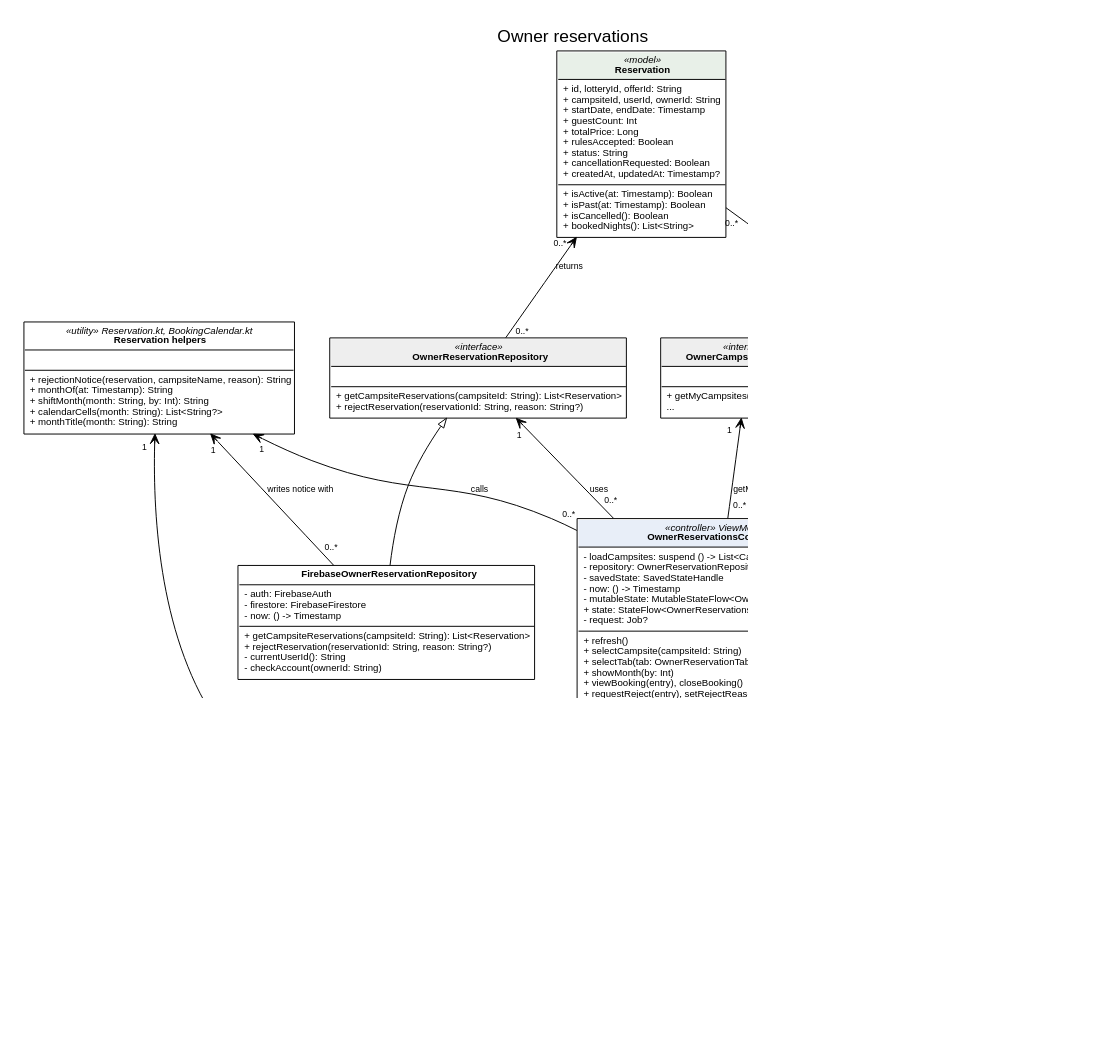
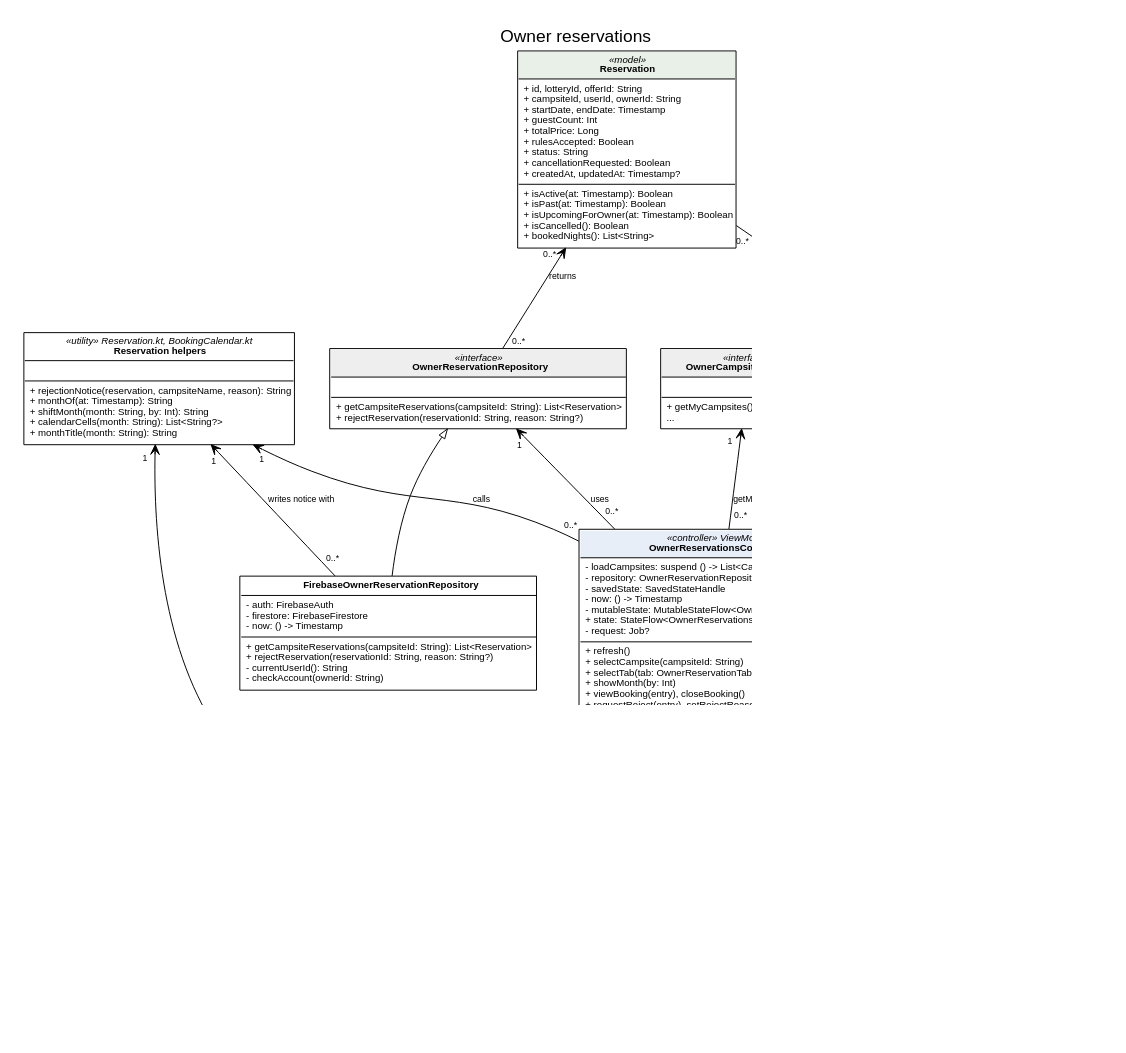
One commit to CMPUT301F26-legion/legion-events changed the diagram in doc/uml/owner_reservations.dot. Above: the diagram before and after it, drawn with Graphviz. The commit also changed 15 other files, not shown here.

```diff
--- a/doc/uml/owner_reservations.dot
+++ b/doc/uml/owner_reservations.dot
@@ -1,38 +1,38 @@
 // UML class diagram: owner reservations (S17)
 // Render with: python3 render.py owner_reservations.dot owner_reservations.png  (needs Graphviz and Google Chrome)
 digraph G {
   graph [rankdir=BT fontname="Liberation Sans" nodesep=0.5 ranksep=0.7 dpi=110 pad=0.3
          label="Owner reservations" labelloc=t fontsize=18];
   node  [shape=plain fontname="Liberation Sans" fontsize=10];
   edge  [fontname="Liberation Sans" fontsize=9 labeldistance=1.8 labelangle=35];
   // Notation: extends (hollow triangle), one-way navigability (open arrow), association (plain line),
   // aggregation (hollow diamond on the owner), composition (filled diamond on the owner).
   // taillabel = source multiplicity, headlabel = target multiplicity. Extends has none.
 
-  Reservation [label=<<TABLE BORDER="1" CELLBORDER="0" CELLSPACING="0" CELLPADDING="4"><TR><TD BGCOLOR="#e8f0e8"><I>«model»</I><BR/><B>Reservation</B></TD></TR><TR><TD ALIGN="LEFT" BALIGN="LEFT" SIDES="T" BORDER="1">+ id, lotteryId, offerId: String<BR/>+ campsiteId, userId, ownerId: String<BR/>+ startDate, endDate: Timestamp<BR/>+ guestCount: Int<BR/>+ totalPrice: Long<BR/>+ rulesAccepted: Boolean<BR/>+ status: String<BR/>+ cancellationRequested: Boolean<BR/>+ createdAt, updatedAt: Timestamp?</TD></TR><TR><TD ALIGN="LEFT" BALIGN="LEFT" SIDES="T" BORDER="1">+ isActive(at: Timestamp): Boolean<BR/>+ isPast(at: Timestamp): Boolean<BR/>+ isCancelled(): Boolean<BR/>+ bookedNights(): List&lt;String&gt;</TD></TR></TABLE>>];
+  Reservation [label=<<TABLE BORDER="1" CELLBORDER="0" CELLSPACING="0" CELLPADDING="4"><TR><TD BGCOLOR="#e8f0e8"><I>«model»</I><BR/><B>Reservation</B></TD></TR><TR><TD ALIGN="LEFT" BALIGN="LEFT" SIDES="T" BORDER="1">+ id, lotteryId, offerId: String<BR/>+ campsiteId, userId, ownerId: String<BR/>+ startDate, endDate: Timestamp<BR/>+ guestCount: Int<BR/>+ totalPrice: Long<BR/>+ rulesAccepted: Boolean<BR/>+ status: String<BR/>+ cancellationRequested: Boolean<BR/>+ createdAt, updatedAt: Timestamp?</TD></TR><TR><TD ALIGN="LEFT" BALIGN="LEFT" SIDES="T" BORDER="1">+ isActive(at: Timestamp): Boolean<BR/>+ isPast(at: Timestamp): Boolean<BR/>+ isUpcomingForOwner(at: Timestamp): Boolean<BR/>+ isCancelled(): Boolean<BR/>+ bookedNights(): List&lt;String&gt;</TD></TR></TABLE>>];
   ReservationText [label=<<TABLE BORDER="1" CELLBORDER="0" CELLSPACING="0" CELLPADDING="4"><TR><TD><I>«utility» Reservation.kt, BookingCalendar.kt</I><BR/><B>Reservation helpers</B></TD></TR><TR><TD ALIGN="LEFT" BALIGN="LEFT" SIDES="T" BORDER="1"> </TD></TR><TR><TD ALIGN="LEFT" BALIGN="LEFT" SIDES="T" BORDER="1">+ rejectionNotice(reservation, campsiteName, reason): String<BR/>+ monthOf(at: Timestamp): String<BR/>+ shiftMonth(month: String, by: Int): String<BR/>+ calendarCells(month: String): List&lt;String?&gt;<BR/>+ monthTitle(month: String): String</TD></TR></TABLE>>];
   OwnerReservationRepository [label=<<TABLE BORDER="1" CELLBORDER="0" CELLSPACING="0" CELLPADDING="4"><TR><TD BGCOLOR="#eeeeee"><I>«interface»</I><BR/><B>OwnerReservationRepository</B></TD></TR><TR><TD ALIGN="LEFT" BALIGN="LEFT" SIDES="T" BORDER="1"> </TD></TR><TR><TD ALIGN="LEFT" BALIGN="LEFT" SIDES="T" BORDER="1">+ getCampsiteReservations(campsiteId: String): List&lt;Reservation&gt;<BR/>+ rejectReservation(reservationId: String, reason: String?)</TD></TR></TABLE>>];
   FirebaseOwnerReservationRepository [label=<<TABLE BORDER="1" CELLBORDER="0" CELLSPACING="0" CELLPADDING="4"><TR><TD><B>FirebaseOwnerReservationRepository</B></TD></TR><TR><TD ALIGN="LEFT" BALIGN="LEFT" SIDES="T" BORDER="1">- auth: FirebaseAuth<BR/>- firestore: FirebaseFirestore<BR/>- now: () -&gt; Timestamp</TD></TR><TR><TD ALIGN="LEFT" BALIGN="LEFT" SIDES="T" BORDER="1">+ getCampsiteReservations(campsiteId: String): List&lt;Reservation&gt;<BR/>+ rejectReservation(reservationId: String, reason: String?)<BR/>- currentUserId(): String<BR/>- checkAccount(ownerId: String)</TD></TR></TABLE>>];
   OwnerCampsiteRepository [label=<<TABLE BORDER="1" CELLBORDER="0" CELLSPACING="0" CELLPADDING="4"><TR><TD BGCOLOR="#eeeeee"><I>«interface»</I><BR/><B>OwnerCampsiteRepository</B></TD></TR><TR><TD ALIGN="LEFT" BALIGN="LEFT" SIDES="T" BORDER="1"> </TD></TR><TR><TD ALIGN="LEFT" BALIGN="LEFT" SIDES="T" BORDER="1">+ getMyCampsites(): List&lt;Campsite&gt;<BR/>...</TD></TR></TABLE>>];
   OwnerReservationTab [label=<<TABLE BORDER="1" CELLBORDER="0" CELLSPACING="0" CELLPADDING="4"><TR><TD><I>«enumeration»</I><BR/><B>OwnerReservationTab</B></TD></TR><TR><TD ALIGN="LEFT" BALIGN="LEFT" SIDES="T" BORDER="1">+ ACTIVE: OwnerReservationTab<BR/>+ PAST: OwnerReservationTab<BR/>+ CANCELLED: OwnerReservationTab</TD></TR><TR><TD ALIGN="LEFT" BALIGN="LEFT" SIDES="T" BORDER="1"> </TD></TR></TABLE>>];
   RejectionDraft [label=<<TABLE BORDER="1" CELLBORDER="0" CELLSPACING="0" CELLPADDING="4"><TR><TD><I>«data»</I><BR/><B>RejectionDraft</B></TD></TR><TR><TD ALIGN="LEFT" BALIGN="LEFT" SIDES="T" BORDER="1">+ reservation: Reservation<BR/>+ reason: String<BR/>+ inProgress: Boolean<BR/>+ error: String?</TD></TR><TR><TD ALIGN="LEFT" BALIGN="LEFT" SIDES="T" BORDER="1"> </TD></TR></TABLE>>];
-  OwnerReservationsState [label=<<TABLE BORDER="1" CELLBORDER="0" CELLSPACING="0" CELLPADDING="4"><TR><TD><I>«data»</I><BR/><B>OwnerReservationsState</B></TD></TR><TR><TD ALIGN="LEFT" BALIGN="LEFT" SIDES="T" BORDER="1">+ loading: Boolean, error: String?<BR/>+ campsites: List&lt;Campsite&gt;<BR/>+ selectedCampsiteId: String?<BR/>+ active, past, cancelled: List&lt;Reservation&gt;<BR/>+ bookedNights: Set&lt;String&gt;<BR/>+ month: String<BR/>+ selectedTab: OwnerReservationTab<BR/>+ viewing: Reservation?<BR/>+ rejecting: RejectionDraft?<BR/>+ result: String?</TD></TR><TR><TD ALIGN="LEFT" BALIGN="LEFT" SIDES="T" BORDER="1">+ visibleEntries(): List&lt;Reservation&gt;</TD></TR></TABLE>>];
+  OwnerReservationsState [label=<<TABLE BORDER="1" CELLBORDER="0" CELLSPACING="0" CELLPADDING="4"><TR><TD><I>«data»</I><BR/><B>OwnerReservationsState</B></TD></TR><TR><TD ALIGN="LEFT" BALIGN="LEFT" SIDES="T" BORDER="1">+ loading: Boolean, error: String?<BR/>+ campsites: List&lt;Campsite&gt;<BR/>+ selectedCampsiteId: String?<BR/>+ active, past, cancelled: List&lt;Reservation&gt;<BR/>+ bookedNights, requestedNights: Set&lt;String&gt;<BR/>+ month: String<BR/>+ selectedTab: OwnerReservationTab<BR/>+ viewing: Reservation?<BR/>+ rejecting: RejectionDraft?<BR/>+ result: String?</TD></TR><TR><TD ALIGN="LEFT" BALIGN="LEFT" SIDES="T" BORDER="1">+ visibleEntries(): List&lt;Reservation&gt;</TD></TR></TABLE>>];
   OwnerReservationsController [label=<<TABLE BORDER="1" CELLBORDER="0" CELLSPACING="0" CELLPADDING="4"><TR><TD BGCOLOR="#e8eef8"><I>«controller» ViewModel</I><BR/><B>OwnerReservationsController</B></TD></TR><TR><TD ALIGN="LEFT" BALIGN="LEFT" SIDES="T" BORDER="1">- loadCampsites: suspend () -&gt; List&lt;Campsite&gt;<BR/>- repository: OwnerReservationRepository<BR/>- savedState: SavedStateHandle<BR/>- now: () -&gt; Timestamp<BR/>- mutableState: MutableStateFlow&lt;OwnerReservationsState&gt;<BR/>+ state: StateFlow&lt;OwnerReservationsState&gt;<BR/>- request: Job?</TD></TR><TR><TD ALIGN="LEFT" BALIGN="LEFT" SIDES="T" BORDER="1">+ refresh()<BR/>+ selectCampsite(campsiteId: String)<BR/>+ selectTab(tab: OwnerReservationTab)<BR/>+ showMonth(by: Int)<BR/>+ viewBooking(entry), closeBooking()<BR/>+ requestReject(entry), setRejectReason(reason: String)<BR/>+ confirmReject(), cancelReject()<BR/>- load(block), choose(campsiteId), loadBookings(campsiteId)</TD></TR></TABLE>>];
   OwnerReservationsActions [label=<<TABLE BORDER="1" CELLBORDER="0" CELLSPACING="0" CELLPADDING="4"><TR><TD><I>«data»</I><BR/><B>OwnerReservationsActions</B></TD></TR><TR><TD ALIGN="LEFT" BALIGN="LEFT" SIDES="T" BORDER="1">+ onRefresh, onCloseView, onConfirmReject, onCancelReject: () -&gt; Unit<BR/>+ onSelectCampsite, onReason: (String) -&gt; Unit<BR/>+ onTab: (OwnerReservationTab) -&gt; Unit<BR/>+ onMonth: (Int) -&gt; Unit<BR/>+ onView, onReject: (Reservation) -&gt; Unit</TD></TR><TR><TD ALIGN="LEFT" BALIGN="LEFT" SIDES="T" BORDER="1"> </TD></TR></TABLE>>];
   Views [label=<<TABLE BORDER="1" CELLBORDER="0" CELLSPACING="0" CELLPADDING="4"><TR><TD BGCOLOR="#f8f0e0"><I>«view» composables</I><BR/><B>OwnerReservationsScreen</B></TD></TR><TR><TD ALIGN="LEFT" BALIGN="LEFT" SIDES="T" BORDER="1"> </TD></TR><TR><TD ALIGN="LEFT" BALIGN="LEFT" SIDES="T" BORDER="1">+ OwnerReservationsScreen(state, actions)<BR/>- CampsiteMenu, BookingCalendar, DayCell, BookingTabs<BR/>- BookingCard, StatusBadge, BookingDialog, RejectDialog</TD></TR></TABLE>>];
 
   FirebaseOwnerReservationRepository -> OwnerReservationRepository [arrowhead=onormal];
   OwnerReservationRepository -> Reservation [arrowhead=vee label="returns" taillabel="0..*" headlabel="0..*"];
   FirebaseOwnerReservationRepository -> ReservationText [arrowhead=vee label="writes notice with" taillabel="0..*" headlabel="1"];
   OwnerReservationsController -> OwnerReservationRepository [arrowhead=vee label="uses" taillabel="0..*" headlabel="1"];
   OwnerReservationsController -> OwnerCampsiteRepository [arrowhead=vee label="getMyCampsites" taillabel="0..*" headlabel="1"];
   OwnerReservationsController -> OwnerReservationsState [dir=back arrowtail=diamond label="exposes" taillabel="1" headlabel="1"];
   OwnerReservationsController -> ReservationText [arrowhead=vee label="calls" taillabel="0..*" headlabel="1"];
   OwnerReservationsState -> Reservation [dir=back arrowtail=odiamond label="lists" taillabel="1" headlabel="0..*"];
   OwnerReservationsState -> RejectionDraft [dir=back arrowtail=diamond label="rejecting" taillabel="1" headlabel="0..1"];
   OwnerReservationsState -> OwnerReservationTab [arrowhead=vee label="selectedTab" taillabel="0..*" headlabel="1"];
   Views -> OwnerReservationsState [arrowhead=vee label="renders" taillabel="0..*" headlabel="1"];
   Views -> OwnerReservationsActions [arrowhead=vee label="calls" taillabel="0..*" headlabel="1"];
   Views -> ReservationText [arrowhead=vee label="calls" taillabel="0..*" headlabel="1"];
   OwnerReservationsActions -> OwnerReservationsController [arrowhead=vee label="forwards to" taillabel="0..*" headlabel="1"];
 }
```
